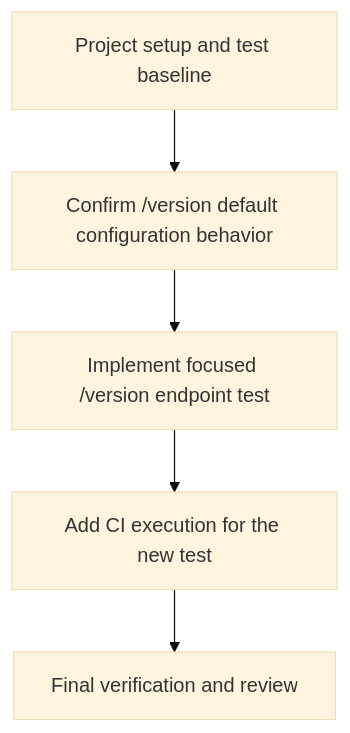
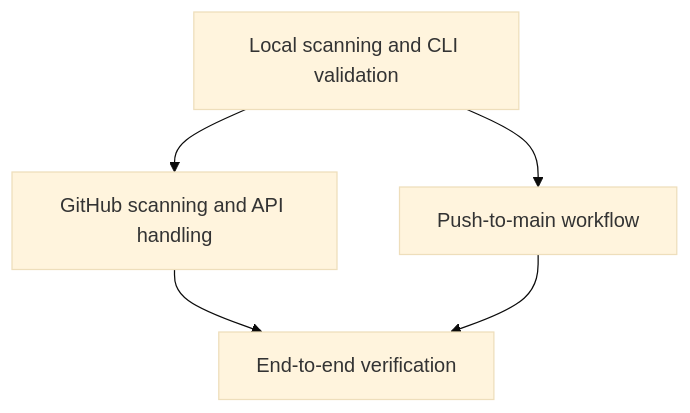
The diagram in docs/impl-plan.md (abhi7990484365/doc-sync), drawn with Mermaid (base theme) before and after one commit. The commit also changed other lines of this file and 16 other files, not shown here.

````diff
--- a/docs/impl-plan.md
+++ b/docs/impl-plan.md
@@ -85,7 +68,7 @@
 ```mermaid
 flowchart TD
-    T1[Project setup and test baseline] --> T2[Confirm /version default configuration behavior]
-    T2 --> T3[Implement focused /version endpoint test]
-    T3 --> T4[Add CI execution for the new test]
-    T4 --> T5[Final verification and review]
+    T1[Local scanning and CLI validation] --> T2[GitHub scanning and API handling]
+    T1 --> T3[Push-to-main workflow]
+    T2 --> T4[End-to-end verification]
+    T3 --> T4
 ```
````
